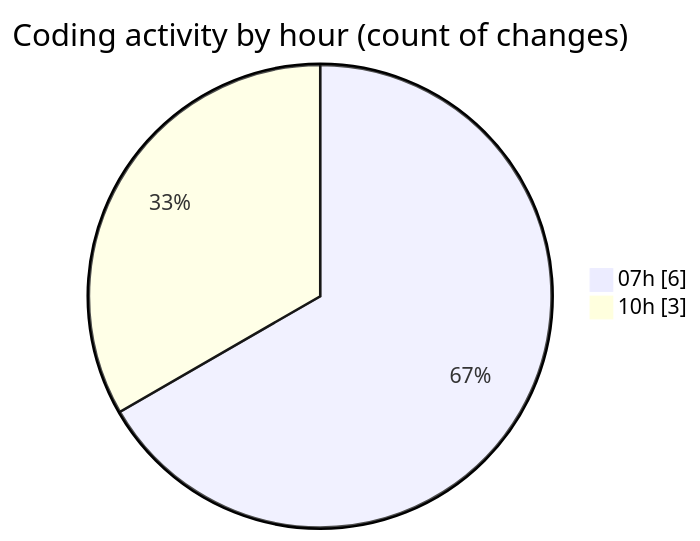
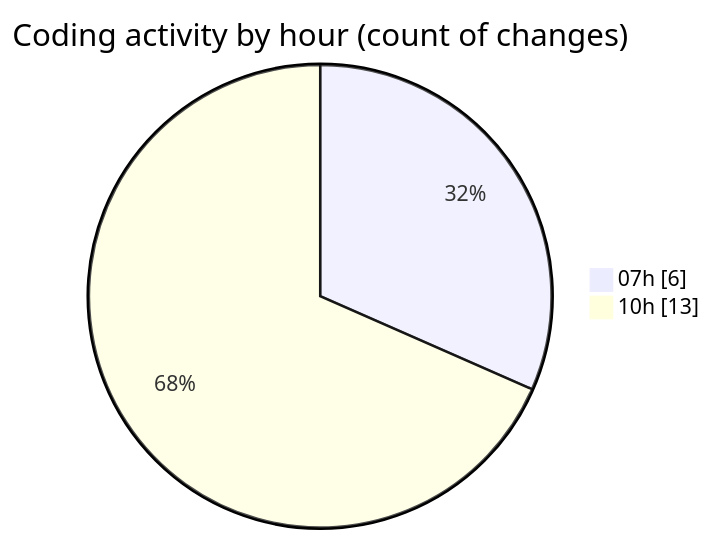
Before and after one commit to lephambinh05/code-tracking: the second of 2 diagrams in 2025-08-14/rentotp/README.md, drawn with Mermaid. The commit also changed other lines of this file and 1 other file, not shown here.

````diff
--- a/2025-08-14/rentotp/README.md
+++ b/2025-08-14/rentotp/README.md
@@ -29,6 +29,6 @@
 ```mermaid
 pie showData
 title Coding activity by hour (count of changes)
 "07h" : 6
-"10h" : 3
+"10h" : 13
 ```
````
